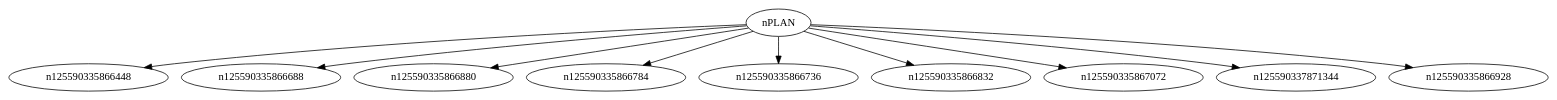
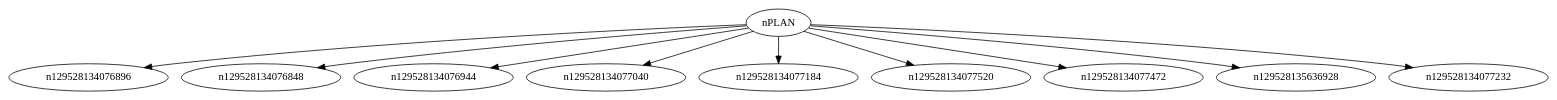
The diagram in projet_AP2/decoupeur_v2/arbre.dot (khalilgrassa-cell/anouar-khalil-repository), drawn with Graphviz before and after one commit. The commit also changed 5 other files, not shown here.

```diff
--- a/projet_AP2/decoupeur_v2/arbre.dot
+++ b/projet_AP2/decoupeur_v2/arbre.dot
@@ -1,11 +1,11 @@
 digraph g {
-    nPLAN -> n125590335866448;
-    nPLAN -> n125590335866688;
-    nPLAN -> n125590335866880;
-    nPLAN -> n125590335866784;
-    nPLAN -> n125590335866736;
-    nPLAN -> n125590335866832;
-    nPLAN -> n125590335867072;
-    nPLAN -> n125590337871344;
-    nPLAN -> n125590335866928;
+    nPLAN -> n129528134076896;
+    nPLAN -> n129528134076848;
+    nPLAN -> n129528134076944;
+    nPLAN -> n129528134077040;
+    nPLAN -> n129528134077184;
+    nPLAN -> n129528134077520;
+    nPLAN -> n129528134077472;
+    nPLAN -> n129528135636928;
+    nPLAN -> n129528134077232;
 }
```
